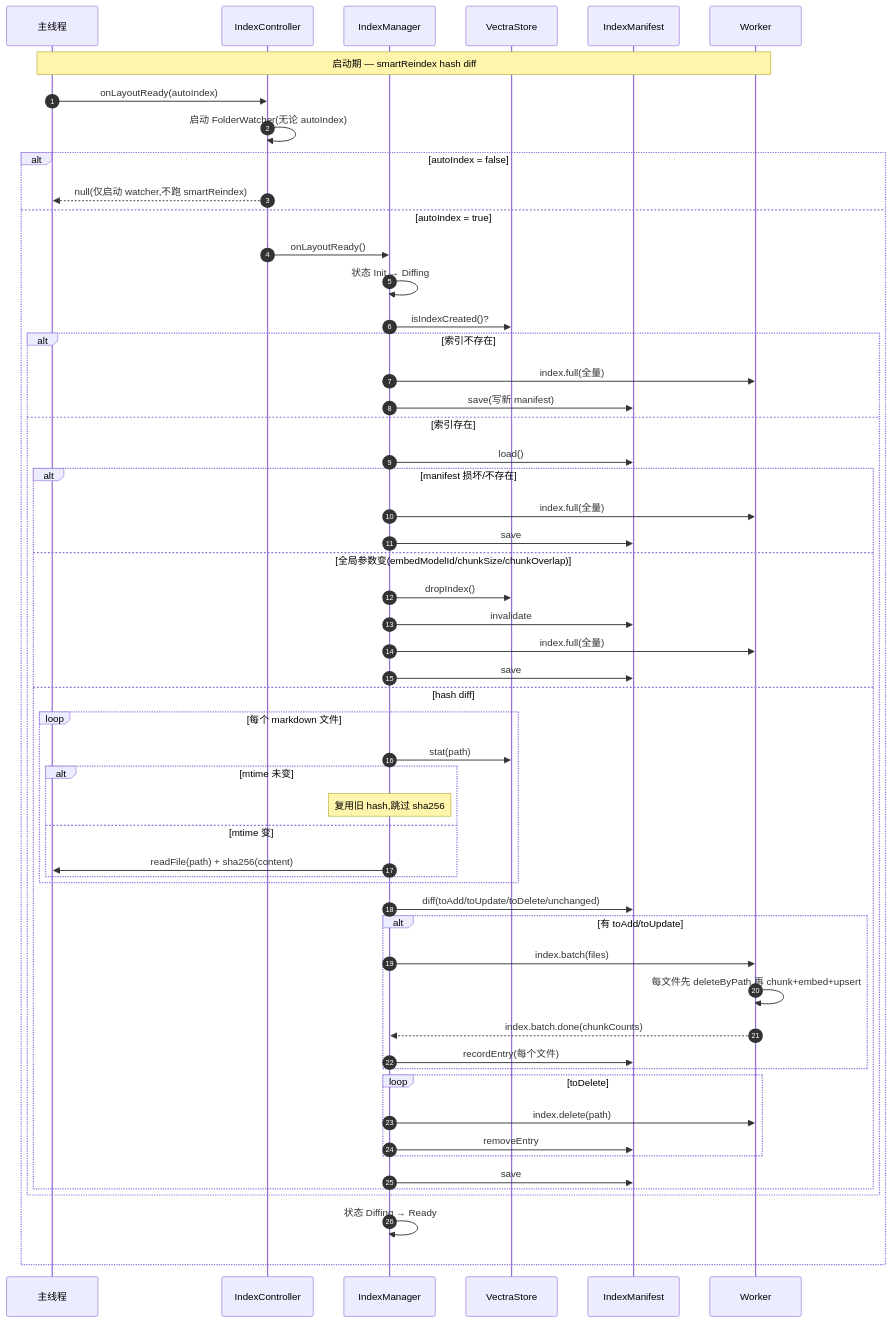
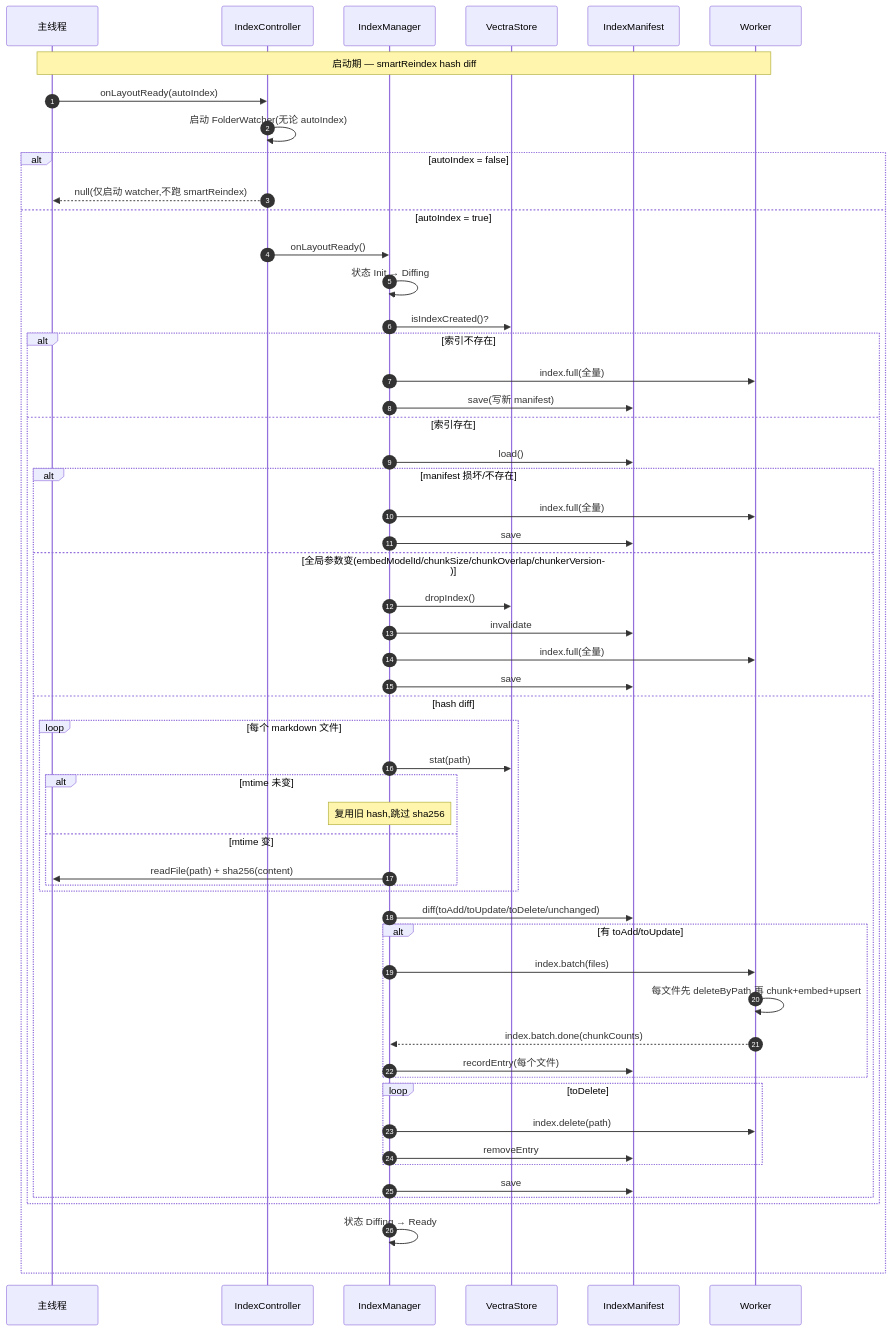
One commit to golddream-y/obsidian-ratel changed the fourth of 8 diagrams in docs/architecture/rag/vector-index.md. Above: the diagram before and after it, drawn with Mermaid. The commit also changed other lines of this file and 10 other files, not shown here.

````diff
--- a/docs/architecture/rag/vector-index.md
+++ b/docs/architecture/rag/vector-index.md
@@ -138,59 +138,59 @@
 ```mermaid
 sequenceDiagram
     autonumber
     participant Main as 主线程
     participant IC as IndexController
     participant IM as IndexManager
     participant VS as VectraStore
     participant MF as IndexManifest
     participant WP as Worker
 
     Note over Main,WP: 启动期 — smartReindex hash diff
 
     Main->>IC: onLayoutReady(autoIndex)
     IC->>IC: 启动 FolderWatcher(无论 autoIndex)
     alt autoIndex = false
         IC-->>Main: null(仅启动 watcher,不跑 smartReindex)
     else autoIndex = true
         IC->>IM: onLayoutReady()
         IM->>IM: 状态 Init → Diffing
         IM->>VS: isIndexCreated()?
         alt 索引不存在
             IM->>WP: index.full(全量)
             IM->>MF: save(写新 manifest)
         else 索引存在
             IM->>MF: load()
             alt manifest 损坏/不存在
                 IM->>WP: index.full(全量)
                 IM->>MF: save
-            else 全局参数变(embedModelId/chunkSize/chunkOverlap)
+            else 全局参数变(embedModelId/chunkSize/chunkOverlap/chunkerVersion)
                 IM->>VS: dropIndex()
                 IM->>MF: invalidate
                 IM->>WP: index.full(全量)
                 IM->>MF: save
             else hash diff
                 loop 每个 markdown 文件
                     IM->>VS: stat(path)
                     alt mtime 未变
                         Note over IM: 复用旧 hash,跳过 sha256
                     else mtime 变
                         IM->>Main: readFile(path) + sha256(content)
                     end
                 end
                 IM->>MF: diff(toAdd/toUpdate/toDelete/unchanged)
                 alt 有 toAdd/toUpdate
                     IM->>WP: index.batch(files)
                     WP->>WP: 每文件先 deleteByPath 再 chunk+embed+upsert
                     WP-->>IM: index.batch.done(chunkCounts)
                     IM->>MF: recordEntry(每个文件)
                 end
                 loop toDelete
                     IM->>WP: index.delete(path)
                     IM->>MF: removeEntry
                 end
                 IM->>MF: save
             end
         end
         IM->>IM: 状态 Diffing → Ready
     end
 ```
````
